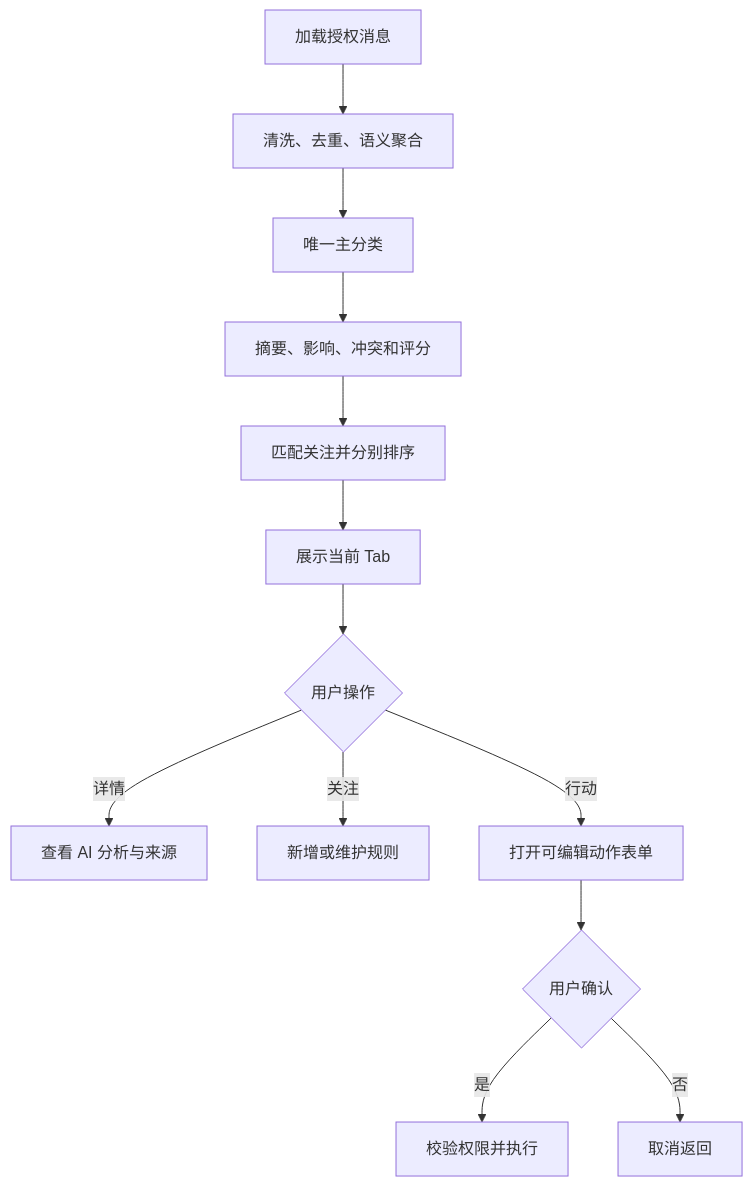
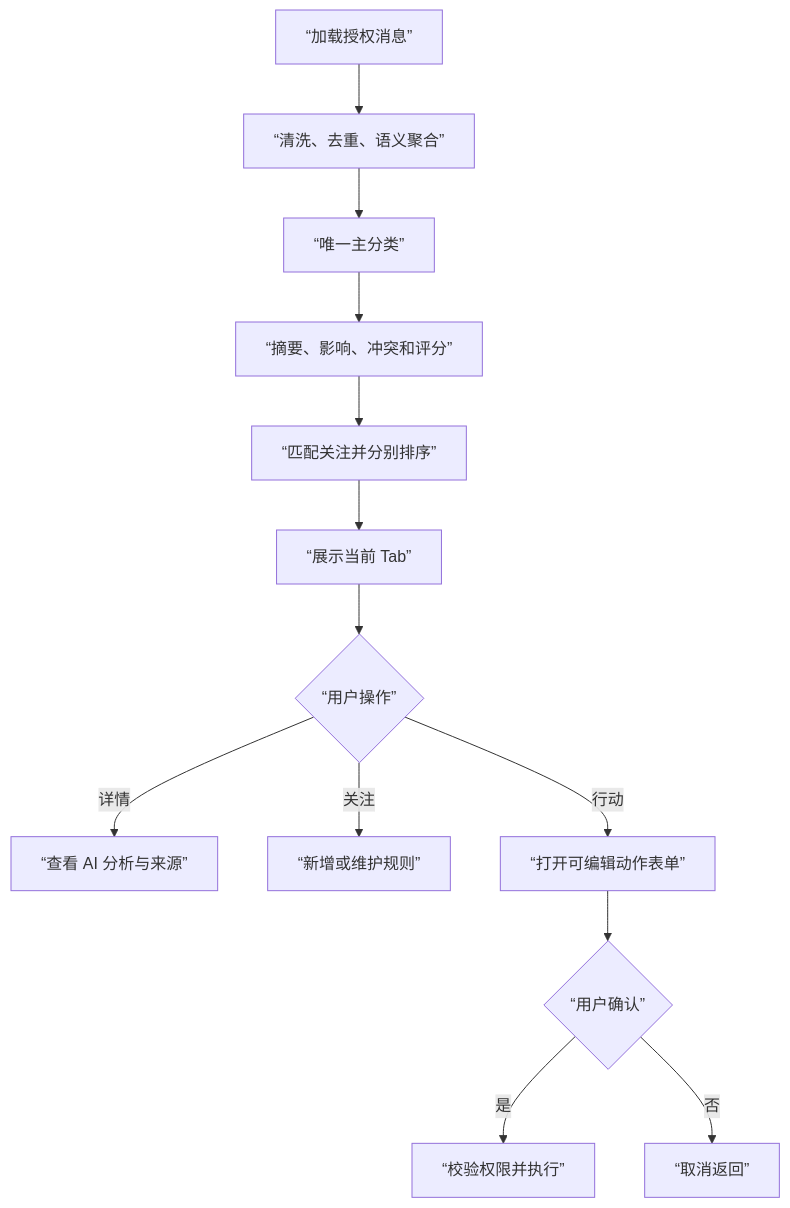
One commit to fri555/PORTL changed the third of 3 diagrams in docs/需求文档/20260726-【PRD】AI工作台-消息摘要（MVP）-天马智擎项目.md. Above: the diagram before and after it, drawn with Mermaid. The commit also changed other lines of this file, not shown here.

````diff
--- a/docs/需求文档/20260726-【PRD】AI工作台-消息摘要（MVP）-天马智擎项目.md
+++ b/docs/需求文档/20260726-【PRD】AI工作台-消息摘要（MVP）-天马智擎项目.md
@@ -221,15 +366,15 @@
 ```mermaid
 flowchart TD
-    A["加载授权消息"] --> B["清洗、去重、语义聚合"]
-    B --> C["唯一主分类"]
-    C --> D["摘要、影响、冲突和评分"]
-    D --> E["匹配关注并分别排序"]
-    E --> F["展示当前 Tab"]
-    F --> G{"用户操作"}
-    G -->|详情| H["查看 AI 分析与来源"]
-    G -->|关注| I["新增或维护规则"]
-    G -->|行动| J["打开可编辑动作表单"]
-    J --> K{"用户确认"}
-    K -->|是| L["校验权限并执行"]
-    K -->|否| M["取消返回"]
+    A[“加载授权消息”] --> B[“清洗、去重、语义聚合”]
+    B --> C[“唯一主分类”]
+    C --> D[“摘要、影响、冲突和评分”]
+    D --> E[“匹配关注并分别排序”]
+    E --> F[“展示当前 Tab”]
+    F --> G{“用户操作”}
+    G -->|详情| H[“查看 AI 分析与来源”]
+    G -->|关注| I[“新增或维护规则”]
+    G -->|行动| J[“打开可编辑动作表单”]
+    J --> K{“用户确认”}
+    K -->|是| L[“校验权限并执行”]
+    K -->|否| M[“取消返回”]
 ```
````
